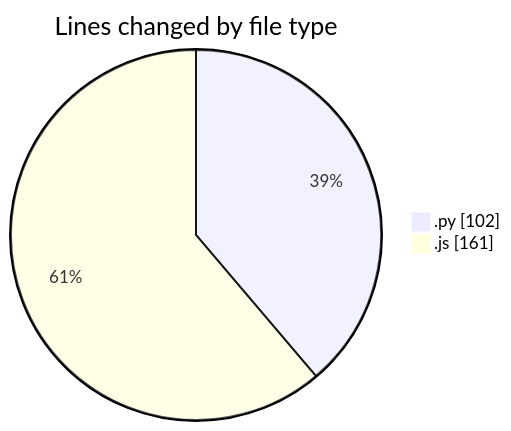
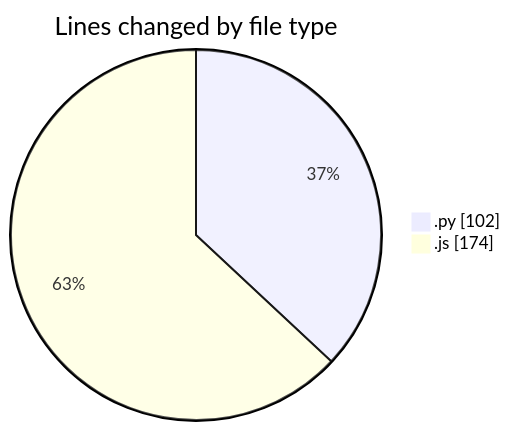
Before and after one commit to nxtqubesakshisongat/code-tracking: the first of 2 diagrams in 2025-04-12/nxtqube_webapp/README.md, drawn with Mermaid. The commit also changed other lines of this file and 1 other file, not shown here.

````diff
--- a/2025-04-12/nxtqube_webapp/README.md
+++ b/2025-04-12/nxtqube_webapp/README.md
@@ -21,6 +21,6 @@
 ```mermaid
 pie showData
 title Lines changed by file type
 ".py" : 102
-".js" : 161
+".js" : 174
 ```
````
